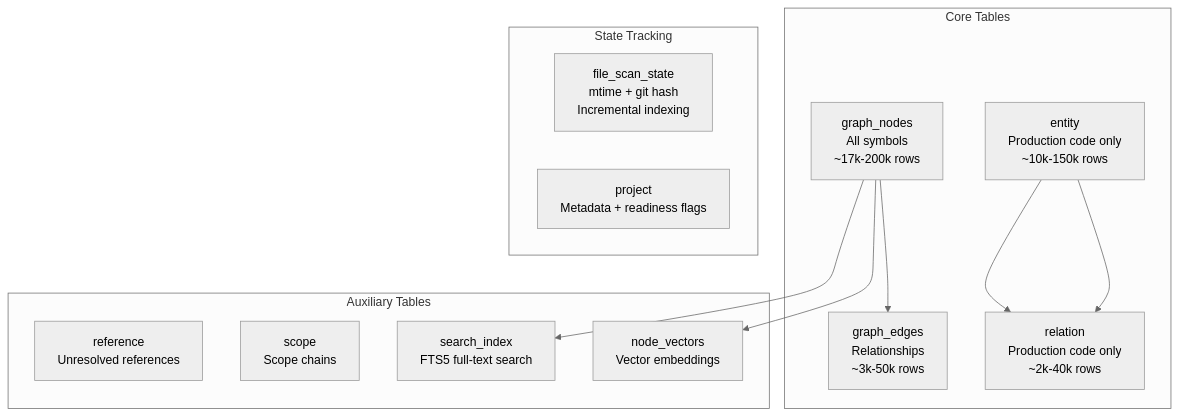
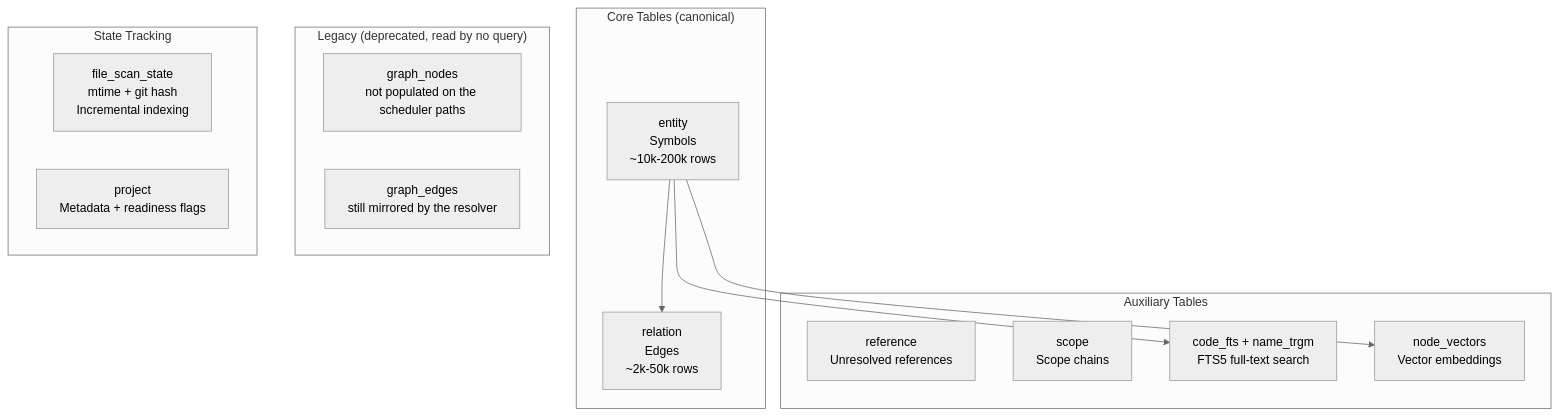
One commit to Timwood0x10/CodeScope changed the sixth of 12 diagrams in docs/en/technical_breakdown.md. Above: the diagram before and after it, drawn with Mermaid (neutral theme). The commit also changed other lines of this file and 37 other files, not shown here.

````diff
--- a/docs/en/technical_breakdown.md
+++ b/docs/en/technical_breakdown.md
@@ -306,23 +303,26 @@
 ```mermaid
 flowchart TB
-    subgraph "Core Tables"
-        GN["graph_nodes<br/>All symbols<br/>~17k-200k rows"] --> GE["graph_edges<br/>Relationships<br/>~3k-50k rows"]
-        ENT["entity<br/>Production code only<br/>~10k-150k rows"] --> REL["relation<br/>Production code only<br/>~2k-40k rows"]
+    subgraph "Core Tables (canonical)"
+        ENT["entity<br/>Symbols<br/>~10k-200k rows"] --> REL["relation<br/>Edges<br/>~2k-50k rows"]
+    end
+
+    subgraph "Legacy (deprecated, read by no query)"
+        GN["graph_nodes<br/>not populated on the scheduler paths"]
+        GE["graph_edges<br/>still mirrored by the resolver"]
     end
 
     subgraph "Auxiliary Tables"
         REF["reference<br/>Unresolved references"]
         SCOPE["scope<br/>Scope chains"]
-        FTS["search_index<br/>FTS5 full-text search"]
+        FTS["code_fts + name_trgm<br/>FTS5 full-text search"]
         VEC["node_vectors<br/>Vector embeddings"]
     end
 
     subgraph "State Tracking"
         FSS["file_scan_state<br/>mtime + git hash<br/>Incremental indexing"]
         PROJ["project<br/>Metadata + readiness flags"]
     end
 
-    GN --> FTS
-    GN --> VEC
-    ENT --> REL
+    ENT --> FTS
+    ENT --> VEC
 ```
````
